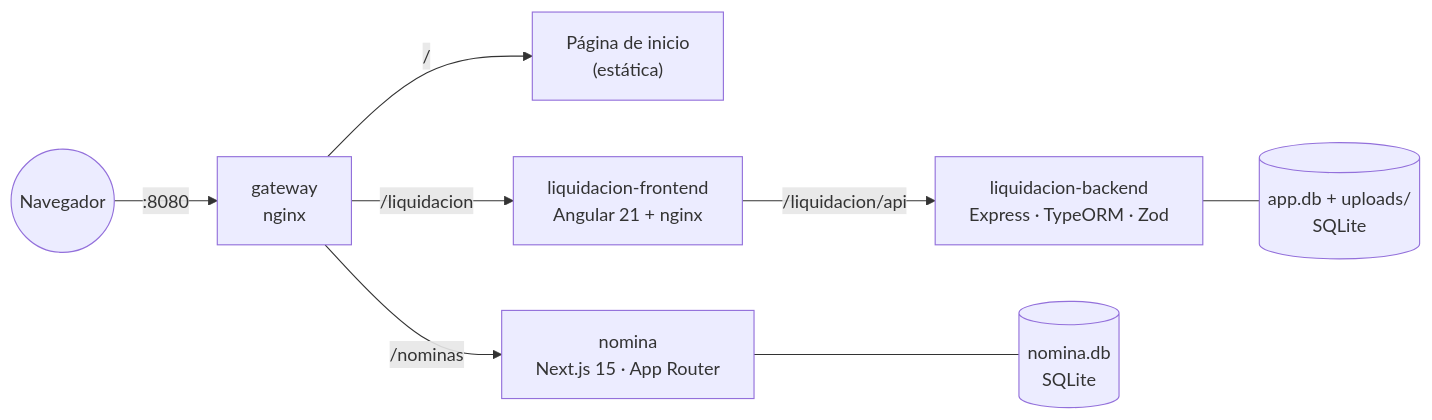
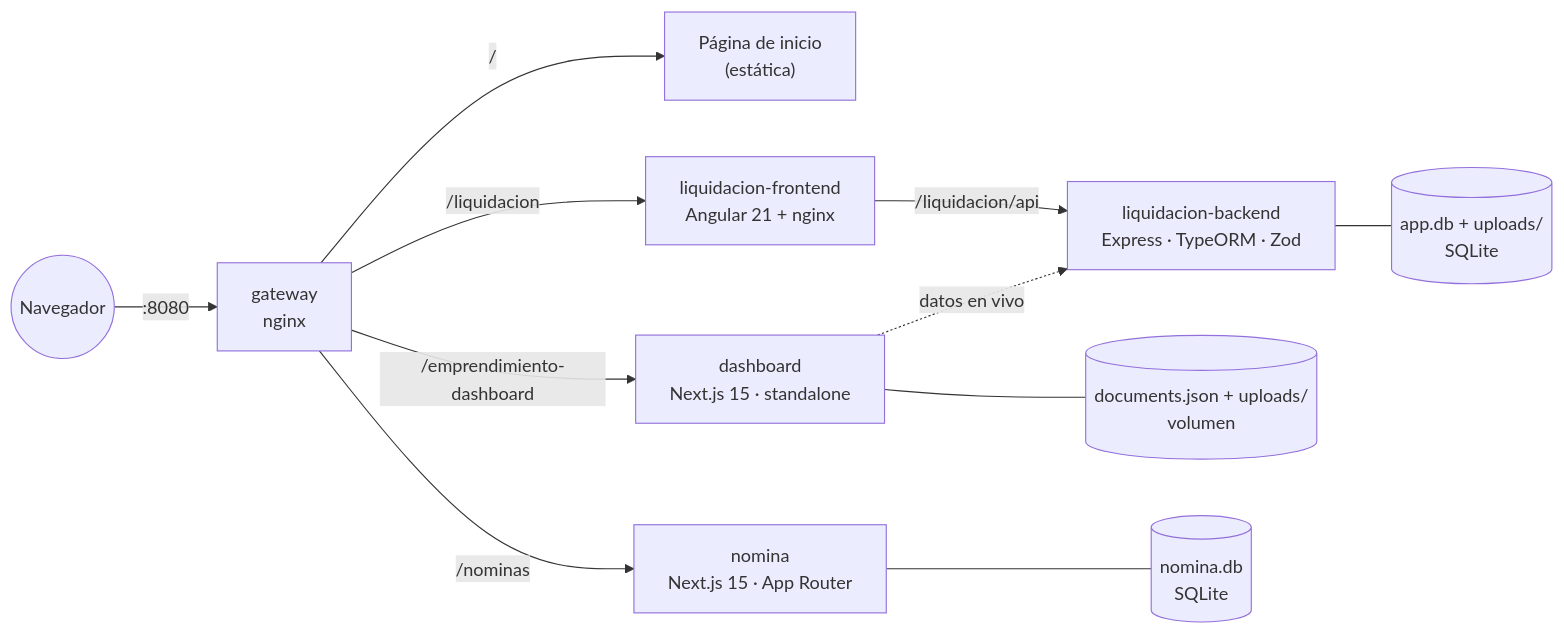
Before and after one commit to Jostero32/EncomiTrack: the second of 2 diagrams in README.md, drawn with Mermaid. The commit also changed other lines of this file and 74 other files, not shown here.

````diff
--- a/README.md
+++ b/README.md
@@ -77,10 +84,13 @@
 ```mermaid
 flowchart LR
     U((Navegador)) -->|":8080"| GW["gateway<br/>nginx"]
     GW -->|"/"| HOME["Página de inicio<br/>(estática)"]
+    GW -->|"/emprendimiento-dashboard"| DASH["dashboard<br/>Next.js 15 · standalone"]
     GW -->|"/nominas"| NOM["nomina<br/>Next.js 15 · App Router"]
     GW -->|"/liquidacion"| LF["liquidacion-frontend<br/>Angular 21 + nginx"]
     LF -->|"/liquidacion/api"| LB["liquidacion-backend<br/>Express · TypeORM · Zod"]
+    DASH -.->|"datos en vivo"| LB
+    DASH --- DVOL[("documents.json + uploads/<br/>volumen")]
     NOM --- NDB[("nomina.db<br/>SQLite")]
     LB --- LDB[("app.db + uploads/<br/>SQLite")]
 ```
````
